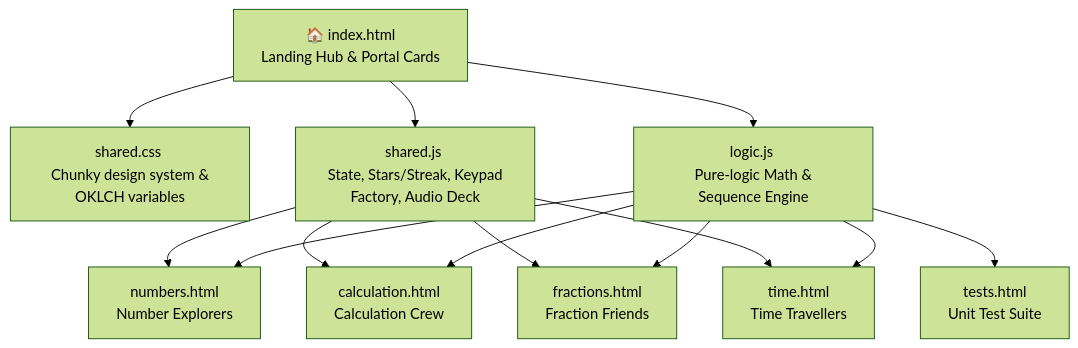
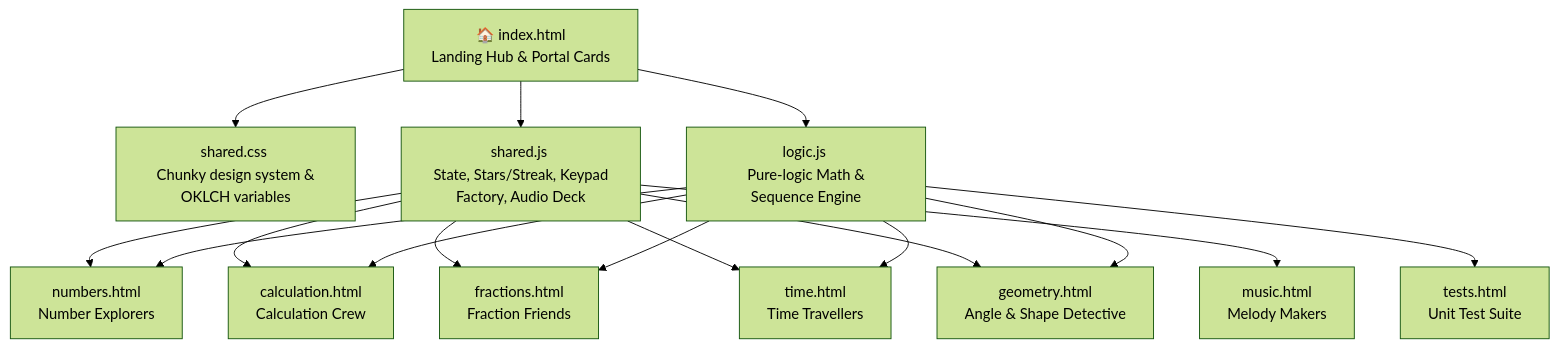
Before and after one commit to fastnbulbous/RLA: the diagram in SPEC.md, drawn with Mermaid (forest theme). The commit also changed other lines of this file and 3 other files, not shown here.

````diff
--- a/SPEC.md
+++ b/SPEC.md
@@ -250,18 +320,21 @@
 ```mermaid
 graph TD
     index["🏠 index.html <br> Landing Hub & Portal Cards"] --> shared_css["shared.css <br> Chunky design system & OKLCH variables"]
     index --> shared_js["shared.js <br> State, Stars/Streak, Keypad Factory, Audio Deck"]
     index --> logic_js["logic.js <br> Pure-logic Math & Sequence Engine"]
     
     shared_js --> numbers["numbers.html <br> Number Explorers"]
     shared_js --> calculation["calculation.html <br> Calculation Crew"]
     shared_js --> fractions["fractions.html <br> Fraction Friends"]
     shared_js --> time["time.html <br> Time Travellers"]
+    shared_js --> geometry["geometry.html <br> Angle & Shape Detective"]
+    shared_js --> music["music.html <br> Melody Makers"]
     
     logic_js --> numbers
     logic_js --> calculation
     logic_js --> fractions
     logic_js --> time
+    logic_js --> geometry
     
     logic_js --> tests["tests.html <br> Unit Test Suite"]
 ```
````
